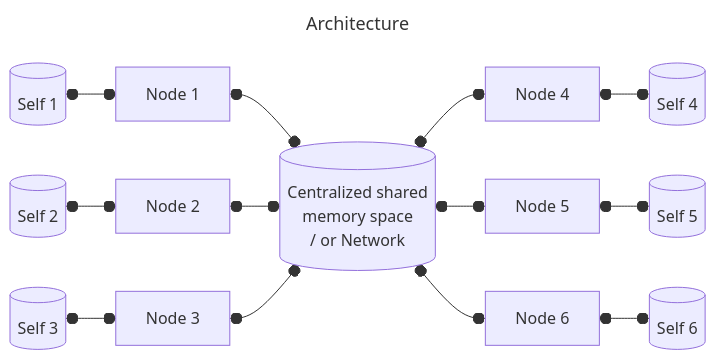
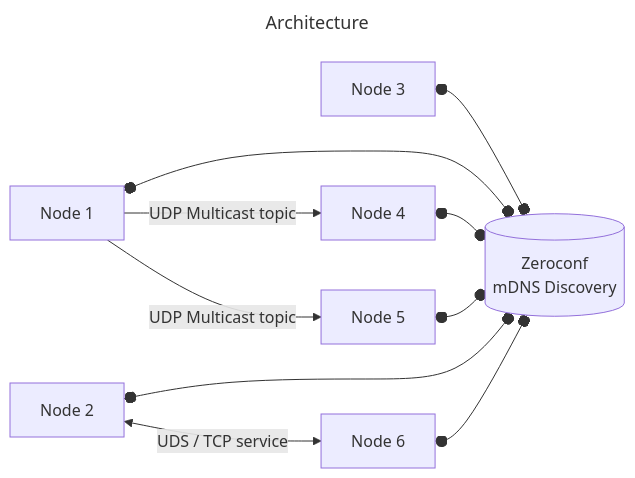
Before and after one commit to PYBrulin/axone: the first of 8 diagrams in README.md, drawn with Mermaid. The commit also changed other lines of this file, not shown here.

Commit message:
docs: Rewrite README to reflect new architecture

````diff
--- a/README.md
+++ b/README.md
@@ -45,14 +46,16 @@
 ```mermaid
 ---
 title: Architecture
 ---
 flowchart LR
-    central_memory[(Centralized shared</br>memory space</br> / or Network)]
-    self_1[(Self 1)] o--o node_1[Node 1]
-    self_2[(Self 2)] o--o node_2[Node 2]
-    self_3[(Self 3)] o--o node_3[Node 3]
-    node_4[Node 4] o--o self_4[(Self 4)]
-    node_5[Node 5] o--o self_5[(Self 5)]
-    node_6[Node 6] o--o self_6[(Self 6)]
-    node_1 & node_2 & node_3 o--o central_memory o--o node_4 & node_5 & node_6
+    zeroconf[(Zeroconf\nmDNS Discovery)]
+    node_1[Node 1]
+    node_2[Node 2]
+    node_3[Node 3]
+    node_4[Node 4]
+    node_5[Node 5]
+    node_6[Node 6]
+    node_1 & node_2 & node_3 & node_4 & node_5 & node_6 o--o zeroconf
+    node_1 -->|UDP Multicast topic| node_4 & node_5
+    node_2 <-->|UDS / TCP service| node_6
 ```
````
